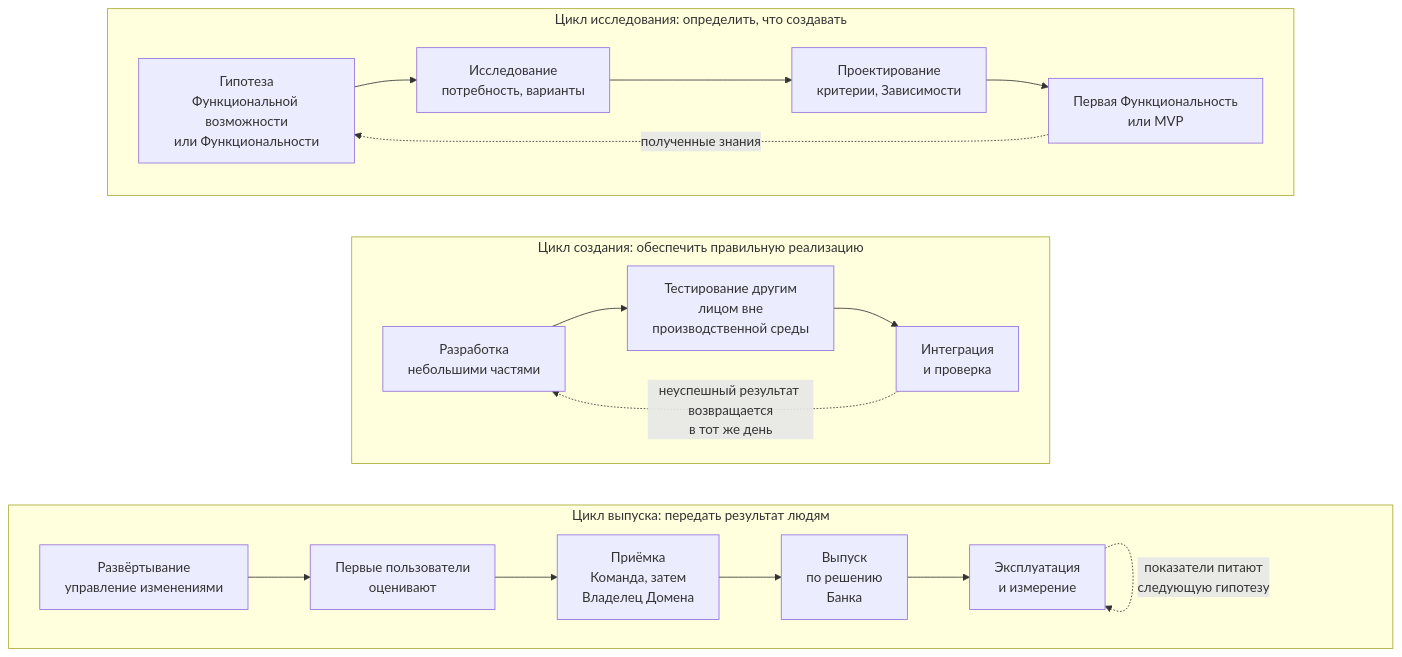
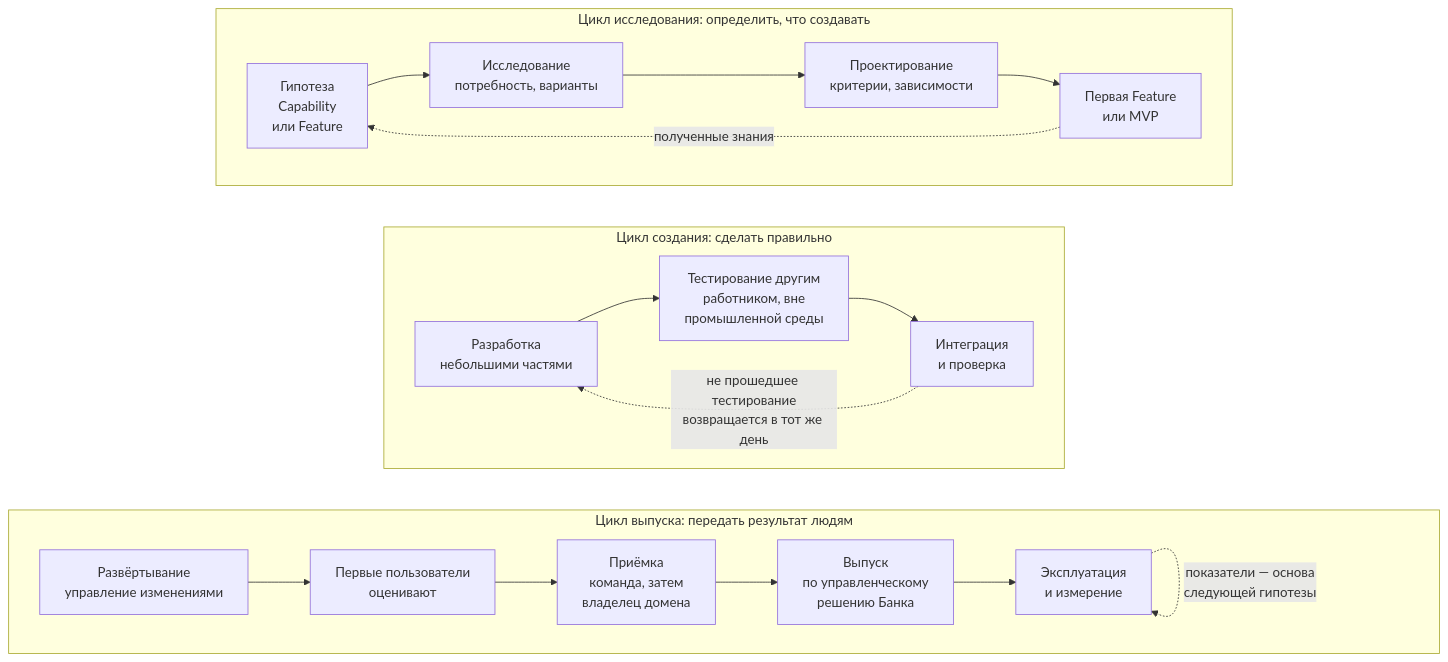
One commit to devhogu/ob-aicc changed the fourth of 5 diagrams in portal/content/ru/delivery/the-loops-of-delivery.md. Above: the diagram before and after it, drawn with Mermaid. The commit also changed other lines of this file and 21 other files, not shown here.

````diff
--- a/portal/content/ru/delivery/the-loops-of-delivery.md
+++ b/portal/content/ru/delivery/the-loops-of-delivery.md
@@ -59,26 +59,26 @@
 ```mermaid
 flowchart TB
   subgraph EXP["Цикл исследования: определить, что создавать"]
     direction LR
-    H["Гипотеза<br/>Функциональной возможности<br/>или Функциональности"] --> X["Исследование<br/>потребность, варианты"]
-    X --> DG["Проектирование<br/>критерии, Зависимости"]
-    DG --> FF["Первая Функциональность<br/>или MVP"]
+    H["Гипотеза<br/>Capability<br/>или Feature"] --> X["Исследование<br/>потребность, варианты"]
+    X --> DG["Проектирование<br/>критерии, зависимости"]
+    DG --> FF["Первая Feature<br/>или MVP"]
     FF -.->|"полученные знания"| H
   end
-  subgraph BLD["Цикл создания: обеспечить правильную реализацию"]
+  subgraph BLD["Цикл создания: сделать правильно"]
     direction LR
-    DV["Разработка<br/>небольшими частями"] --> TS["Тестирование другим<br/>лицом вне<br/>производственной среды"]
+    DV["Разработка<br/>небольшими частями"] --> TS["Тестирование другим<br/>работником, вне<br/>промышленной среды"]
     TS --> IG["Интеграция<br/>и проверка"]
-    IG -.->|"неуспешный результат возвращается<br/>в тот же день"| DV
+    IG -.->|"не прошедшее тестирование<br/>возвращается в тот же день"| DV
   end
   subgraph REL["Цикл выпуска: передать результат людям"]
     direction LR
     DP["Развёртывание<br/>управление изменениями"] --> FU["Первые пользователи<br/>оценивают"]
-    FU --> ACC["Приёмка<br/>Команда, затем<br/>Владелец Домена"]
-    ACC --> RO["Выпуск<br/>по решению<br/>Банка"]
+    FU --> ACC["Приёмка<br/>команда, затем<br/>владелец домена"]
+    ACC --> RO["Выпуск<br/>по управленческому<br/>решению Банка"]
     RO --> OPR["Эксплуатация<br/>и измерение"]
-    OPR -.->|"показатели питают<br/>следующую гипотезу"| OPR
+    OPR -.->|"показатели — основа<br/>следующей гипотезы"| OPR
   end
   EXP ~~~ BLD
   BLD ~~~ REL
 ```
````
